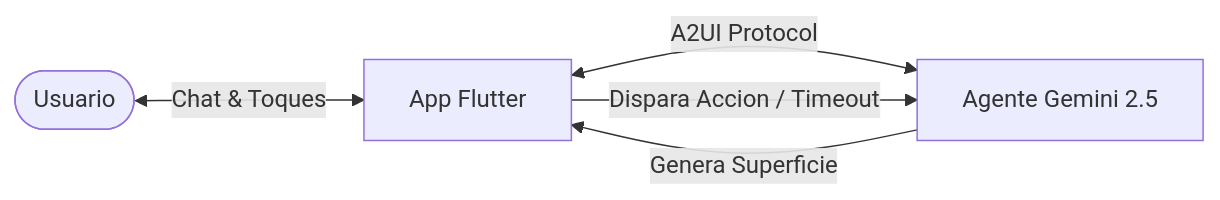
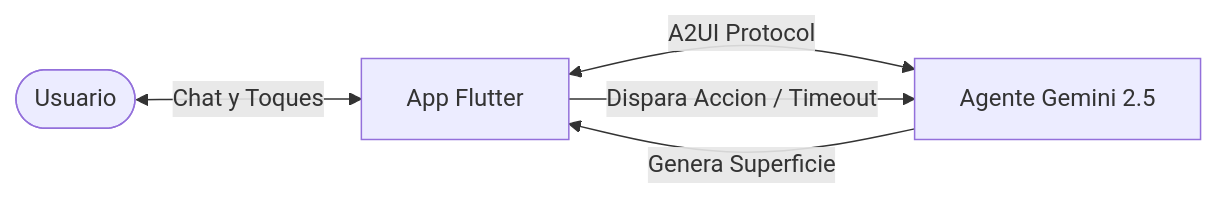
The diagram in documentation/docs/01-intro/01-welcome.md (weincoder/intro_to_genui), drawn with Mermaid before and after one commit. The commit also changed 8 other files, not shown here.

Commit message:
fix(docs): enable @docusaurus/theme-mermaid and sanitize diagram syntax

````diff
--- a/documentation/docs/01-intro/01-welcome.md
+++ b/documentation/docs/01-intro/01-welcome.md
@@ -24,7 +24,7 @@
 ```mermaid
-graph LR
-    User([Usuario]) <-->|Chat & Toques| App[App Flutter]
-    App <-->|A2UI Protocol| Agent[Agente Gemini 2.5]
+flowchart LR
+    User(["Usuario"]) <-->|Chat y Toques| App["App Flutter"]
+    App <-->|A2UI Protocol| Agent["Agente Gemini 2.5"]
     Agent -->|Genera Superficie| App
     App -->|Dispara Accion / Timeout| Agent
 ```
````
